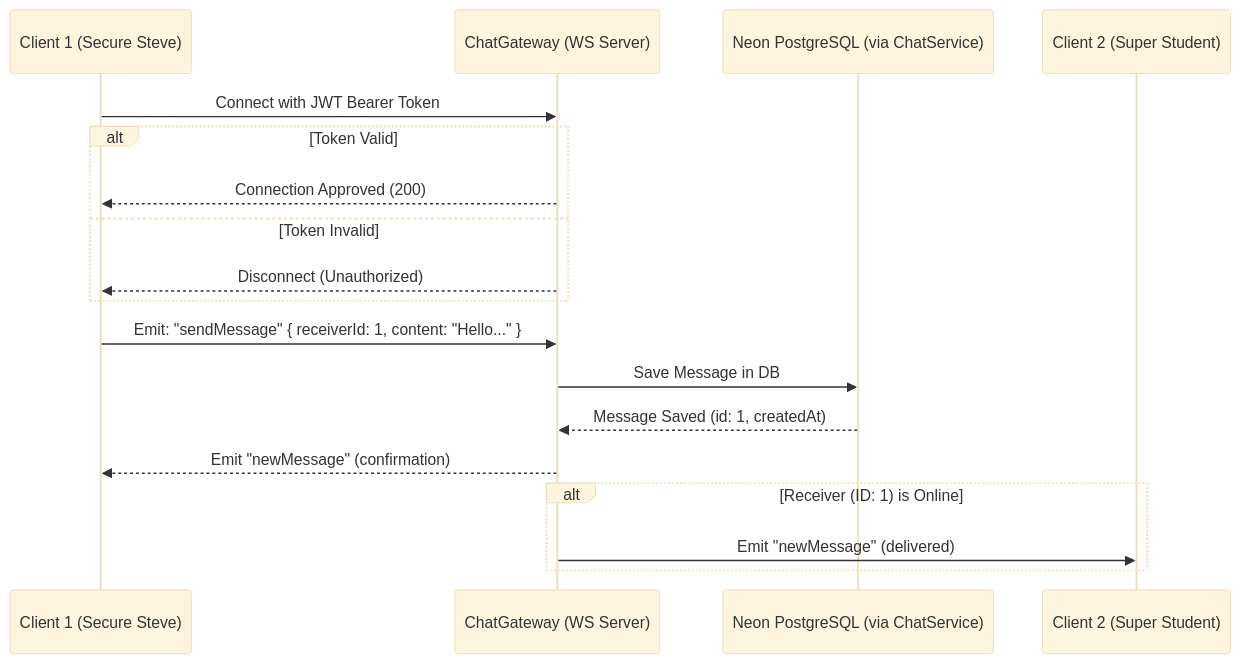
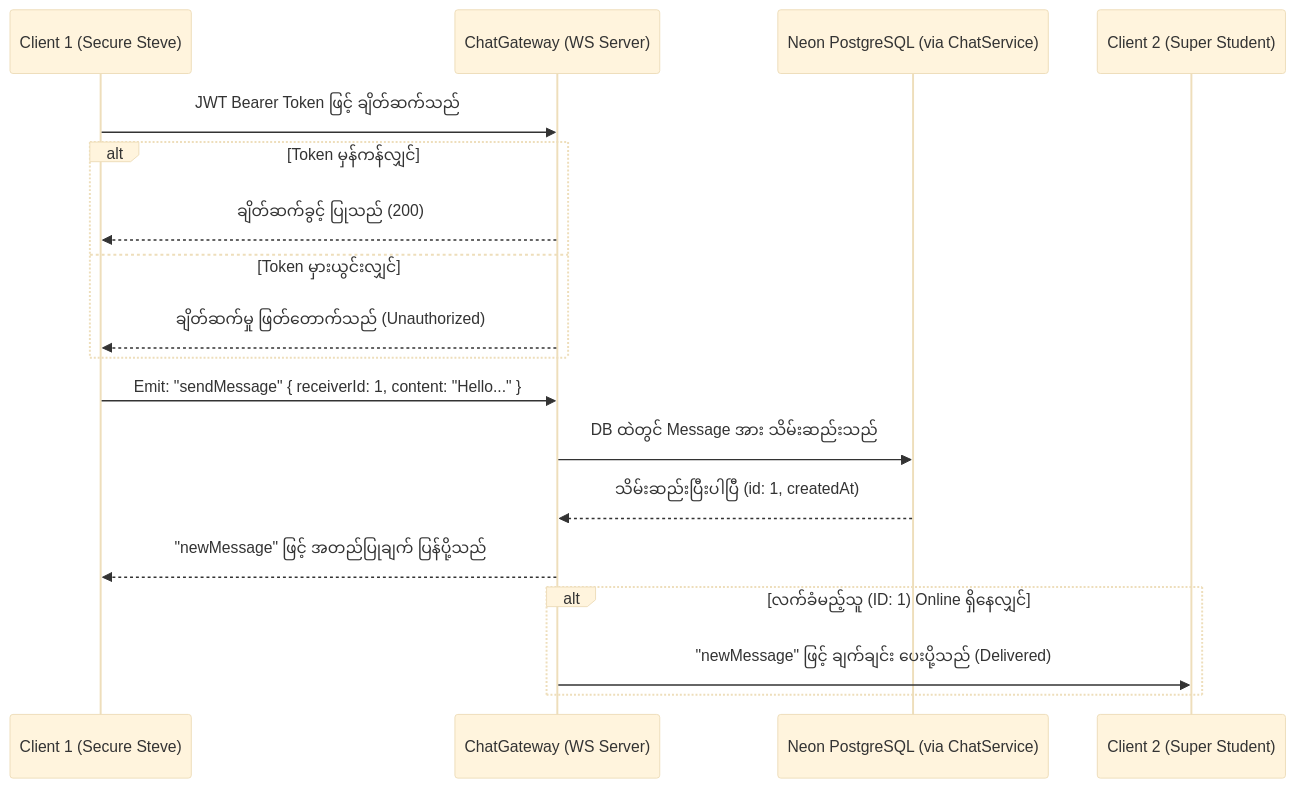
One commit to ayechanaungdev/full-stack-development changed the second of 2 diagrams in system-docs/day-07-complete-guide.md. Above: the diagram before and after it, drawn with Mermaid (base theme). The commit also changed other lines of this file and 13 other files, not shown here.

````diff
--- a/system-docs/day-07-complete-guide.md
+++ b/system-docs/day-07-complete-guide.md
@@ -51,22 +51,22 @@
 ```mermaid
 sequenceDiagram
     participant Client1 as Client 1 (Secure Steve)
     participant Gate as ChatGateway (WS Server)
     participant DB as Neon PostgreSQL (via ChatService)
     participant Client2 as Client 2 (Super Student)
 
-    Client1->>Gate: Connect with JWT Bearer Token
-    alt Token Valid
-        Gate-->>Client1: Connection Approved (200)
-    else Token Invalid
-        Gate-->>Client1: Disconnect (Unauthorized)
+    Client1->>Gate: JWT Bearer Token ဖြင့် ချိတ်ဆက်သည်
+    alt Token မှန်ကန်လျှင်
+        Gate-->>Client1: ချိတ်ဆက်ခွင့် ပြုသည် (200)
+    else Token မှားယွင်းလျှင်
+        Gate-->>Client1: ချိတ်ဆက်မှု ဖြတ်တောက်သည် (Unauthorized)
     end
 
     Client1->>Gate: Emit: "sendMessage" { receiverId: 1, content: "Hello..." }
-    Gate->>DB: Save Message in DB
-    DB-->>Gate: Message Saved (id: 1, createdAt)
-    Gate-->>Client1: Emit "newMessage" (confirmation)
-    alt Receiver (ID: 1) is Online
-        Gate->>Client2: Emit "newMessage" (delivered)
+    Gate->>DB: DB ထဲတွင် Message အား သိမ်းဆည်းသည်
+    DB-->>Gate: သိမ်းဆည်းပြီးပါပြီ (id: 1, createdAt)
+    Gate-->>Client1: "newMessage" ဖြင့် အတည်ပြုချက် ပြန်ပို့သည်
+    alt လက်ခံမည့်သူ (ID: 1) Online ရှိနေလျှင်
+        Gate->>Client2: "newMessage" ဖြင့် ချက်ချင်း ပေးပို့သည် (Delivered)
     end
 ```
````
